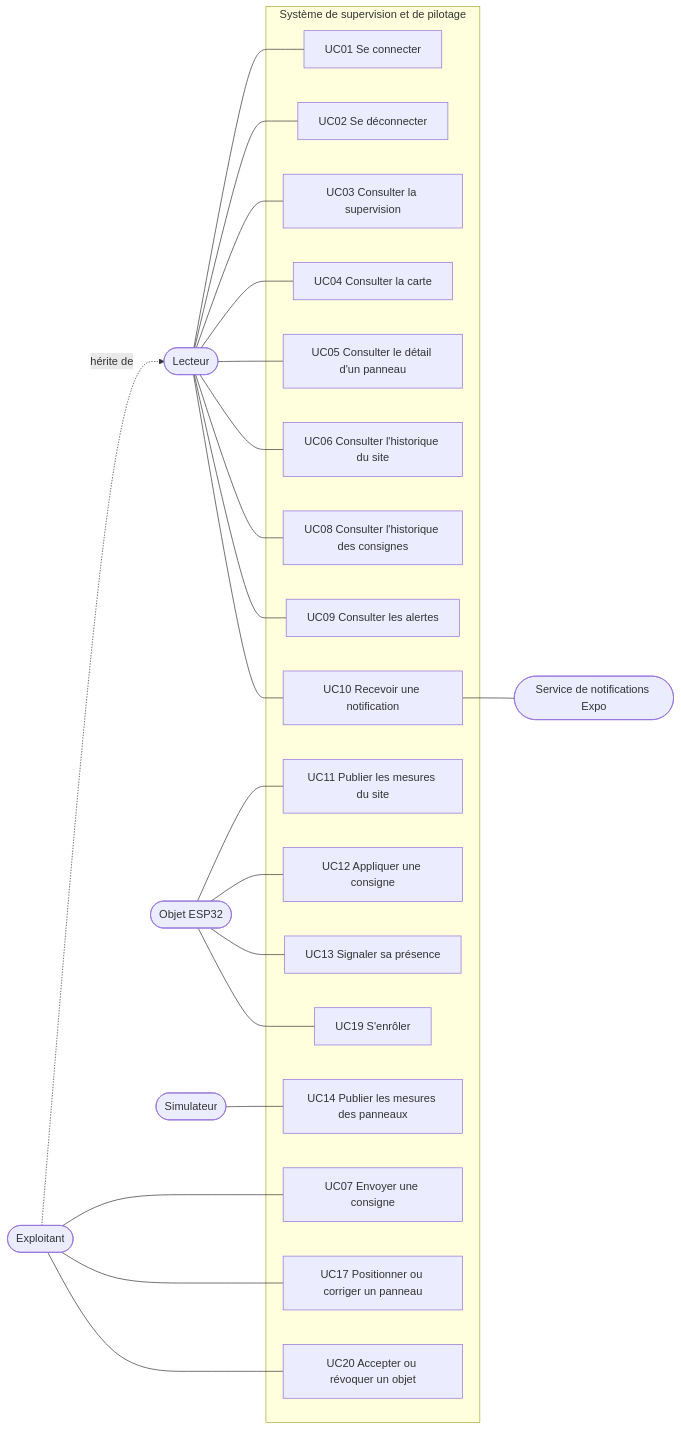
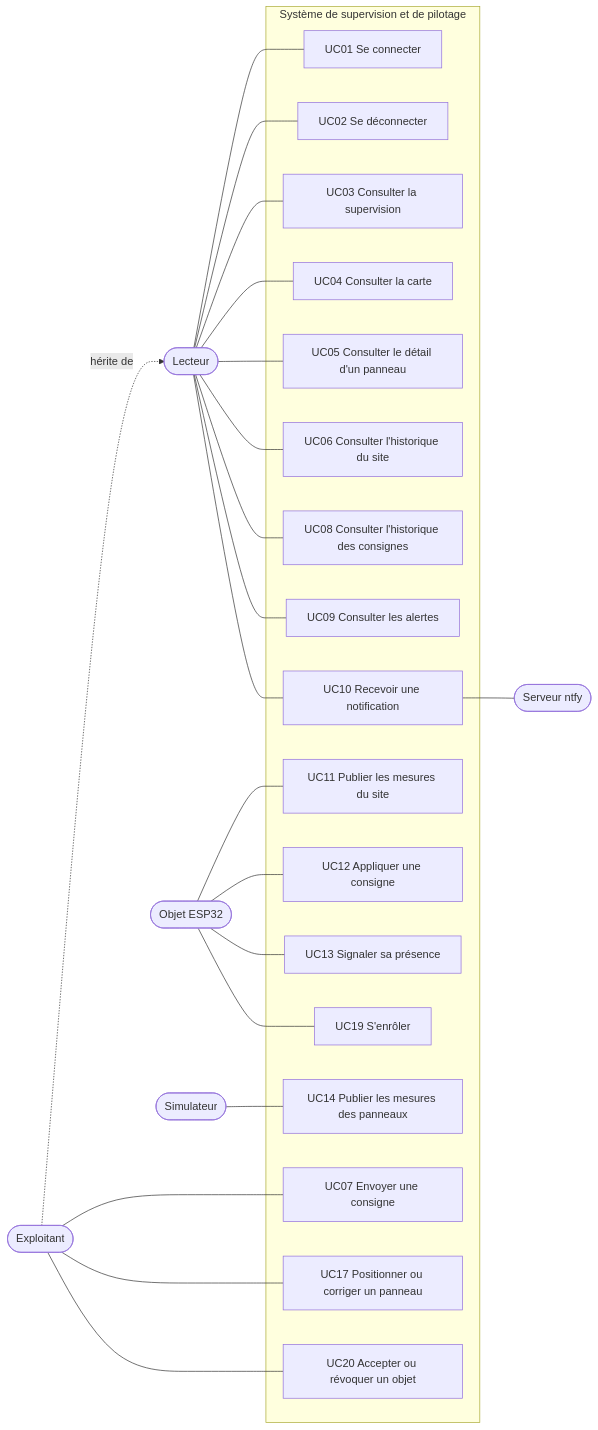
Before and after one commit to SamuelLnds/proj-app-mobile-co: the first of 13 diagrams in docs/conception/02-uml.md, drawn with Mermaid. The commit also changed other lines of this file and 5 other files, not shown here.

First line of the commit message:
docs(design): remplace le push Expo par les notifications locales et ntfy

````diff
--- a/docs/conception/02-uml.md
+++ b/docs/conception/02-uml.md
@@ -22,35 +22,35 @@
 ```mermaid
 flowchart LR
   viewer(["Lecteur"])
   operator(["Exploitant"])
   device(["Objet ESP32"])
   simulator(["Simulateur"])
-  expo(["Service de notifications Expo"])
+  ntfy(["Serveur ntfy"])
 
   subgraph app["Système de supervision et de pilotage"]
     UC01["UC01 Se connecter"]
     UC02["UC02 Se déconnecter"]
     UC03["UC03 Consulter la supervision"]
     UC04["UC04 Consulter la carte"]
     UC05["UC05 Consulter le détail d'un panneau"]
     UC06["UC06 Consulter l'historique du site"]
     UC07["UC07 Envoyer une consigne"]
     UC08["UC08 Consulter l'historique des consignes"]
     UC09["UC09 Consulter les alertes"]
     UC10["UC10 Recevoir une notification"]
     UC11["UC11 Publier les mesures du site"]
     UC12["UC12 Appliquer une consigne"]
     UC13["UC13 Signaler sa présence"]
     UC14["UC14 Publier les mesures des panneaux"]
     UC17["UC17 Positionner ou corriger un panneau"]
     UC19["UC19 S'enrôler"]
     UC20["UC20 Accepter ou révoquer un objet"]
   end
 
   viewer --- UC01 & UC02 & UC03 & UC04 & UC05 & UC06 & UC08 & UC09 & UC10
   operator -. hérite de .-> viewer
   operator --- UC07 & UC17 & UC20
   device --- UC11 & UC12 & UC13 & UC19
   simulator --- UC14
-  UC10 --- expo
+  UC10 --- ntfy
 ```
````
